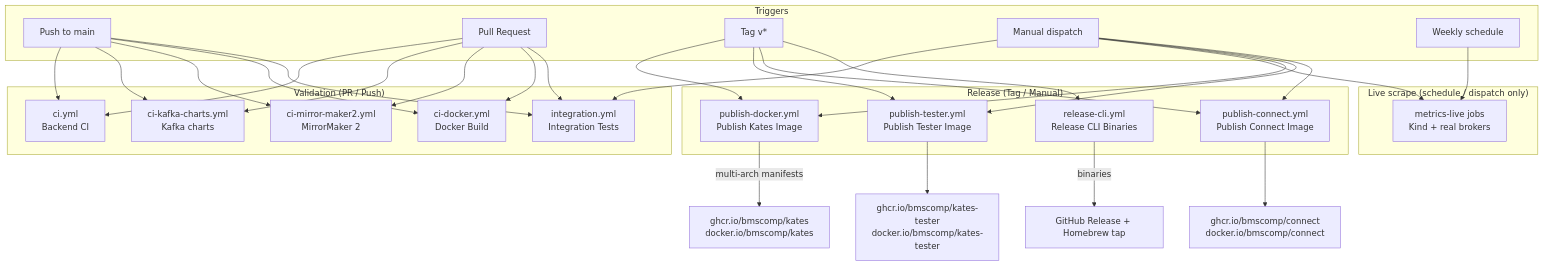
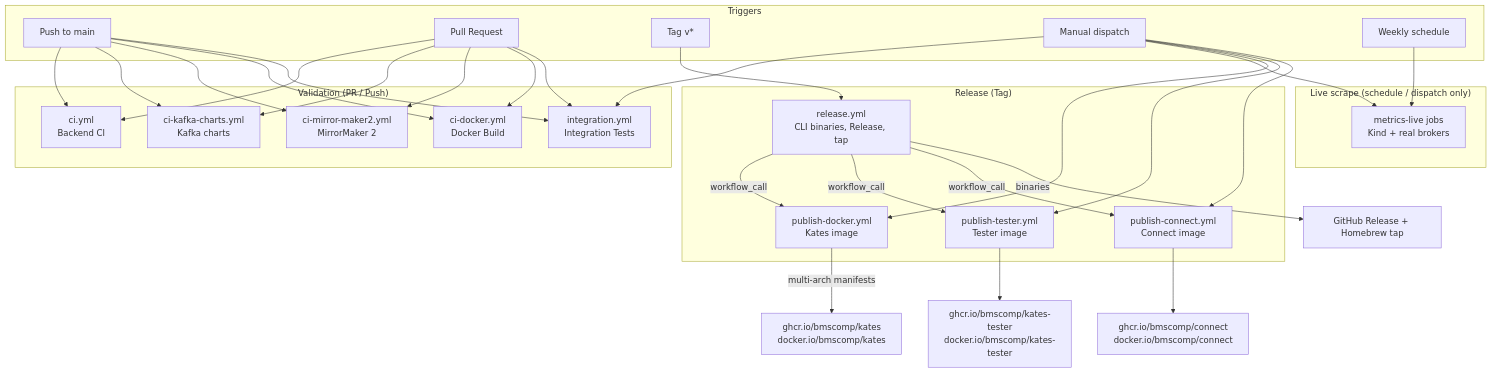
One commit to actions-marketplace-validations/bmscomp_kates changed the first of 2 diagrams in docs/book/appendix-c-cicd.md. Above: the diagram before and after it, drawn with Mermaid. The commit also changed other lines of this file and 37 other files, not shown here.

First line of the commit message:
ci: gates, pinned actions, lint workflow, supply-chain scans, one release run (#157)

````diff
--- a/docs/book/appendix-c-cicd.md
+++ b/docs/book/appendix-c-cicd.md
@@ -9,55 +9,55 @@
 ```mermaid
 graph TB
     subgraph Triggers
         Push[Push to main]
         PR[Pull Request]
         Tag[Tag v*]
         Manual[Manual dispatch]
         Sched[Weekly schedule]
     end
 
     subgraph Validation["Validation (PR / Push)"]
         CI[ci.yml<br/>Backend CI]
         CIK[ci-kafka-charts.yml<br/>Kafka charts]
         CIM[ci-mirror-maker2.yml<br/>MirrorMaker 2]
         CID[ci-docker.yml<br/>Docker Build]
         INT[integration.yml<br/>Integration Tests]
     end
 
     subgraph Live["Live scrape (schedule / dispatch only)"]
         ML[metrics-live jobs<br/>Kind + real brokers]
     end
 
-    subgraph Release["Release (Tag / Manual)"]
-        PD[publish-docker.yml<br/>Publish Kates Image]
-        PT[publish-tester.yml<br/>Publish Tester Image]
-        PC[publish-connect.yml<br/>Publish Connect Image]
-        RC[release-cli.yml<br/>Release CLI Binaries]
+    subgraph Release["Release (Tag)"]
+        RC[release.yml<br/>CLI binaries, Release, tap]
+        PD[publish-docker.yml<br/>Kates image]
+        PT[publish-tester.yml<br/>Tester image]
+        PC[publish-connect.yml<br/>Connect image]
     end
 
     Push --> CI
     PR --> CI
     Push --> CIK
     PR --> CIK
     Push --> CIM
     PR --> CIM
     Push --> CID
     PR --> CID
     Push --> INT
     PR --> INT
     Manual --> INT
     Sched --> ML
     Manual --> ML
-    Tag --> PD
+    Tag --> RC
+    RC -->|"workflow_call"| PD
+    RC -->|"workflow_call"| PT
+    RC -->|"workflow_call"| PC
     Manual --> PD
-    Tag --> PT
     Manual --> PT
-    Tag --> PC
     Manual --> PC
-    Tag --> RC
 
     PD -->|"multi-arch manifests"| Registry["ghcr.io/bmscomp/kates<br/>docker.io/bmscomp/kates"]
     PT --> Registry2["ghcr.io/bmscomp/kates-tester<br/>docker.io/bmscomp/kates-tester"]
     PC --> Registry3["ghcr.io/bmscomp/connect<br/>docker.io/bmscomp/connect"]
     RC -->|"binaries"| GHR["GitHub Release + Homebrew tap"]
 ```
````
